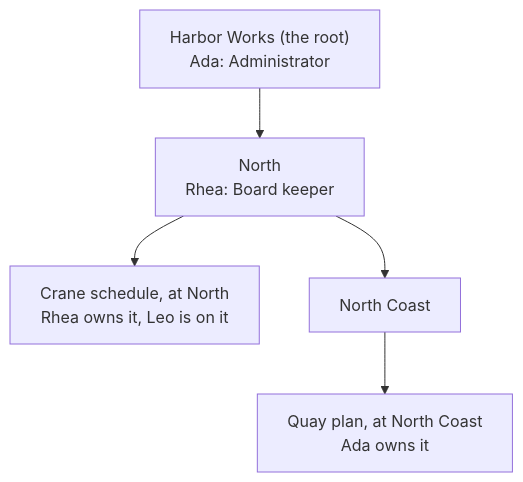
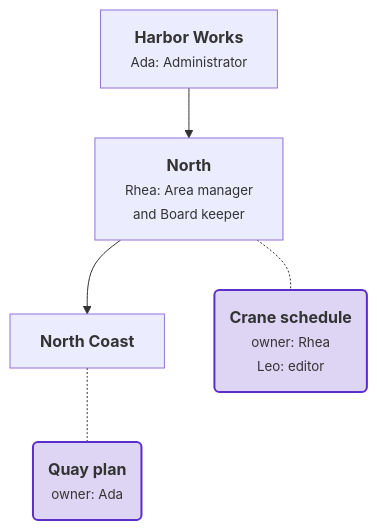
One commit to DylanSnel/DDDToolkit changed the second of 2 diagrams in docs/membership/overview.md. Above: the diagram before and after it, drawn with Mermaid. The commit also changed other lines of this file and 24 other files, not shown here.

First line of the commit message:
Docs: plain prose and readable diagrams for Tenancy and Membership

````diff
--- a/docs/membership/overview.md
+++ b/docs/membership/overview.md
@@ -143,7 +151,13 @@
 ```mermaid
 flowchart TD
-    root["Harbor Works (the root)<br/>Ada: Administrator"] --> north["North<br/>Rhea: Board keeper"]
-    north --> crane["Crane schedule, at North<br/>Rhea owns it, Leo is on it"]
-    north --> coast["North Coast"]
-    coast --> quay["Quay plan, at North Coast<br/>Ada owns it"]
+    root["<b>Harbor Works</b><br/><small>Ada: Administrator</small>"]
+    north["<b>North</b><br/><small>Rhea: Area manager<br/>and Board keeper</small>"]
+    coast["<b>North Coast</b>"]
+    crane("<b>Crane schedule</b><br/><small>owner: Rhea<br/>Leo: editor</small>")
+    quay("<b>Quay plan</b><br/><small>owner: Ada</small>")
+    root --> north --> coast
+    north -.- crane
+    coast -.- quay
+    classDef strong fill:#5b2ec933,stroke:#5b2ec9,stroke-width:2px
+    class crane,quay strong
 ```
````
